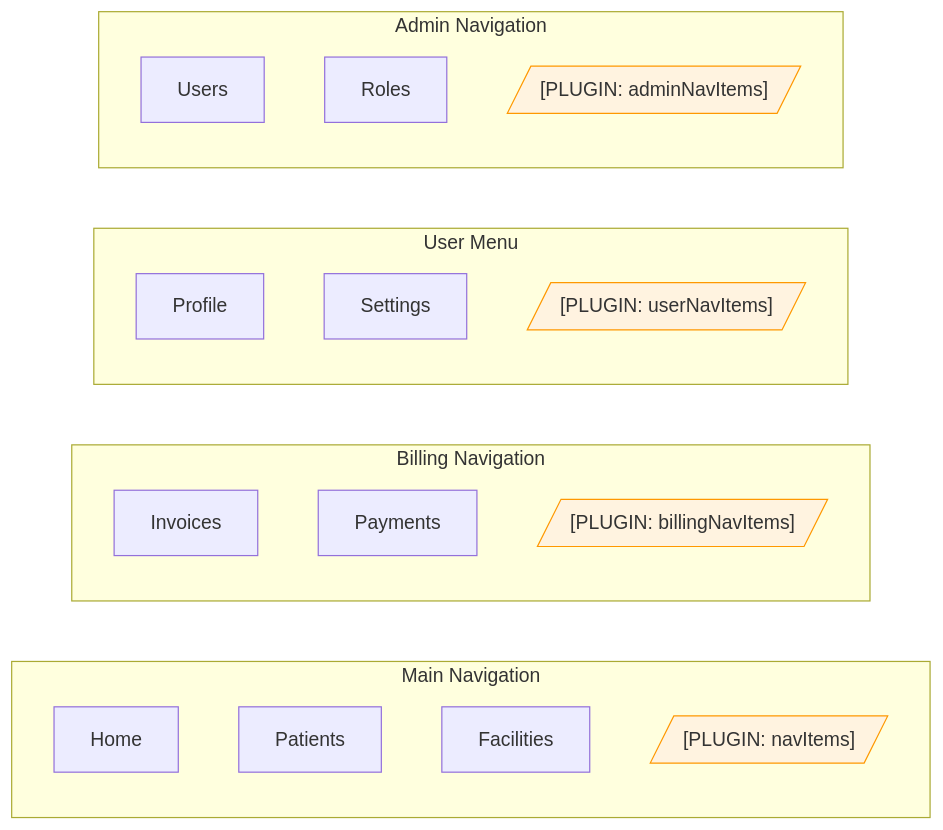
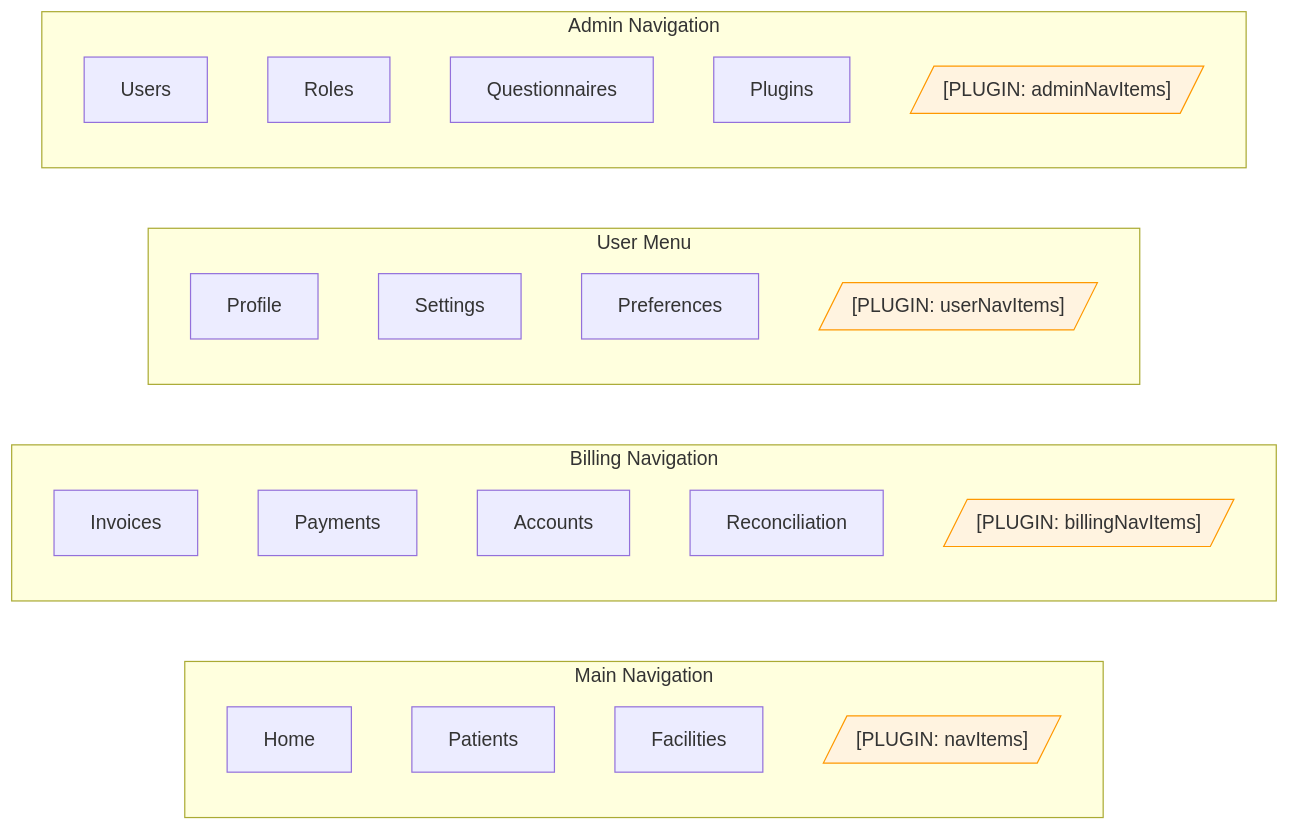
Diagram 19 of 23 in flowdiagram.md (jagankumar-egov/care_fe), drawn with Mermaid before and after one commit. The commit also changed other lines of this file and 2 other files, not shown here.

Commit message:
updated flow

````diff
--- a/flowdiagram.md
+++ b/flowdiagram.md
@@ -356,32 +770,37 @@
 ```mermaid
 flowchart LR
     subgraph MainNav["Main Navigation"]
         Home[Home]
         Patients[Patients]
         Facilities[Facilities]
         PLUGIN_NAV[/"[PLUGIN: navItems]"/]
     end
 
     subgraph BillingNav["Billing Navigation"]
         Invoices[Invoices]
         Payments[Payments]
+        Accounts[Accounts]
+        Reconciliation[Reconciliation]
         PLUGIN_BILL[/"[PLUGIN: billingNavItems]"/]
     end
 
     subgraph UserNav["User Menu"]
         Profile[Profile]
         Settings[Settings]
+        Preferences[Preferences]
         PLUGIN_USER[/"[PLUGIN: userNavItems]"/]
     end
 
     subgraph AdminNav["Admin Navigation"]
         Users[Users]
         Roles[Roles]
+        Questionnaires[Questionnaires]
+        Plugins[Plugins]
         PLUGIN_ADMIN[/"[PLUGIN: adminNavItems]"/]
     end
 
     style PLUGIN_NAV fill:#fff3e0,stroke:#ff9800
     style PLUGIN_BILL fill:#fff3e0,stroke:#ff9800
     style PLUGIN_USER fill:#fff3e0,stroke:#ff9800
     style PLUGIN_ADMIN fill:#fff3e0,stroke:#ff9800
 ```
````
